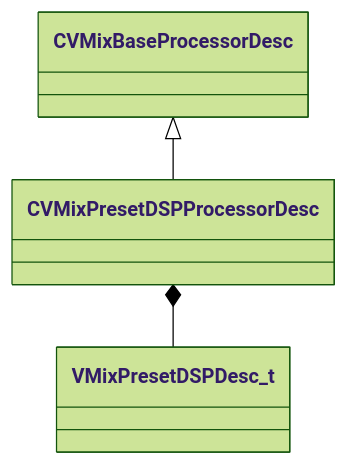
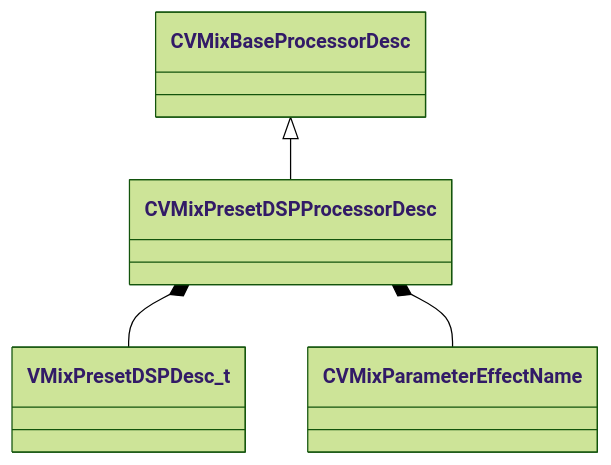
Before and after one commit to CS2OpenDev/CS2OpenDev-Docs: the diagram in docs/generated/schemas/soundsystem_lowlevel/CVMixPresetDSPProcessorDesc.md, drawn with Mermaid (forest theme). The commit also changed other lines of this file and 4654 other files, not shown here.

Commit message:
docs: regenerate for SchemaTracker build 25947352 [skip ci]

````diff
--- a/docs/generated/schemas/soundsystem_lowlevel/CVMixPresetDSPProcessorDesc.md
+++ b/docs/generated/schemas/soundsystem_lowlevel/CVMixPresetDSPProcessorDesc.md
@@ -19,5 +19,6 @@
 ```mermaid
 classDiagram
     CVMixBaseProcessorDesc <|-- CVMixPresetDSPProcessorDesc
     CVMixPresetDSPProcessorDesc *-- VMixPresetDSPDesc_t
+    CVMixPresetDSPProcessorDesc *-- CVMixParameterEffectName
 ```
````
